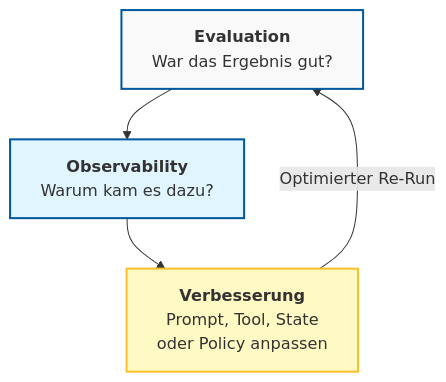
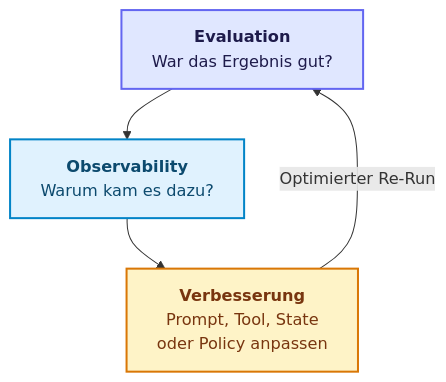
One commit to ralf-42/Agenten changed the first of 4 diagrams in docs/07-qualitaet-sicherheit/evaluation-observability.md. Above: the diagram before and after it, drawn with Mermaid. The commit also changed other lines of this file and 15 other files, not shown here.

````diff
--- a/docs/07-qualitaet-sicherheit/evaluation-observability.md
+++ b/docs/07-qualitaet-sicherheit/evaluation-observability.md
@@ -38,12 +38,12 @@
 ```mermaid
 flowchart TD
     A["<b>Evaluation</b><br>War das Ergebnis gut?"] --> B["<b>Observability</b><br>Warum kam es dazu?"]
     B --> C["<b>Verbesserung</b><br>Prompt, Tool, State<br>oder Policy anpassen"]
     C -- "Optimierter Re-Run" --> A
-    
-    %% Optisches Highlight für den Loop
-    
-    style A fill:#f9f9f9,stroke:#01579b,stroke-width:2px 
-    style B fill:#e1f5fe,stroke:#01579b,stroke-width:2px 
-    style C fill:#fff9c4,stroke:#fbc02d,stroke-width:2px
+
+    classDef default fill:#e0f2fe,stroke:#0284c7,stroke-width:2px,color:#0c4a6e;
+    classDef input fill:#e0e7ff,stroke:#6366f1,stroke-width:2px,color:#1e1b4b;
+    classDef metric fill:#fef3c7,stroke:#d97706,stroke-width:2px,color:#78350f;
+    class A input;
+    class C metric;
 ```
````
